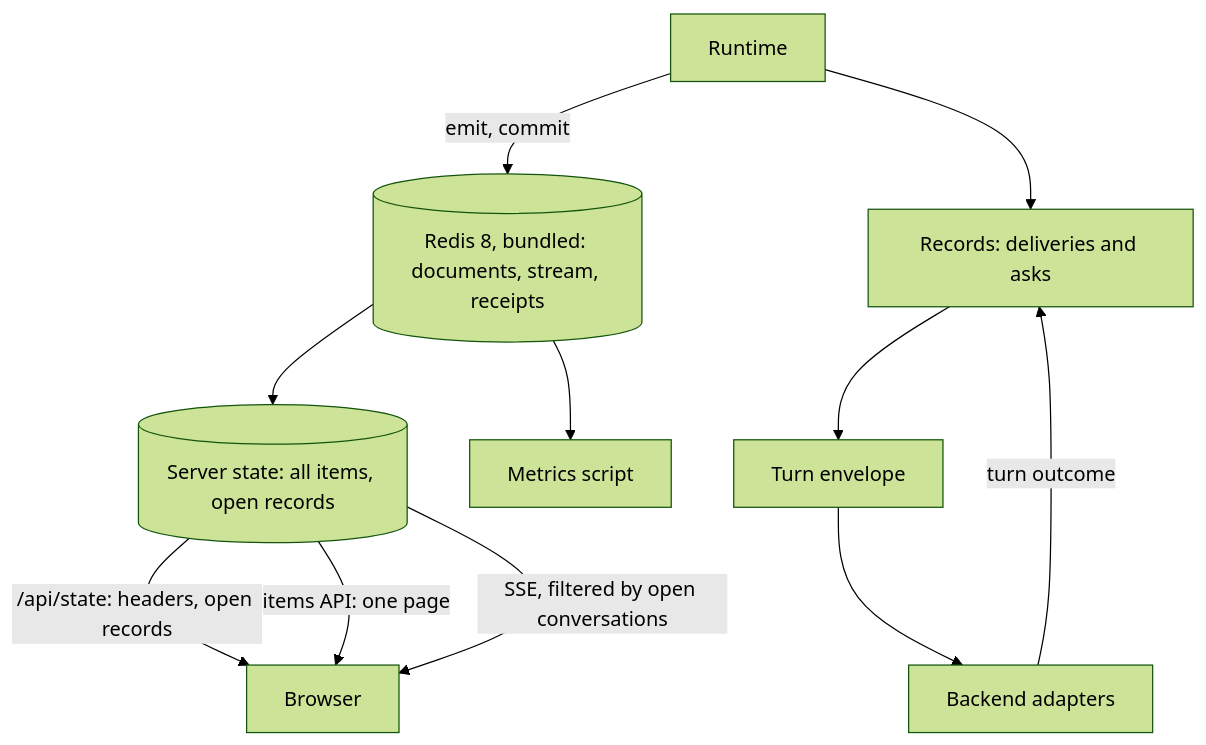
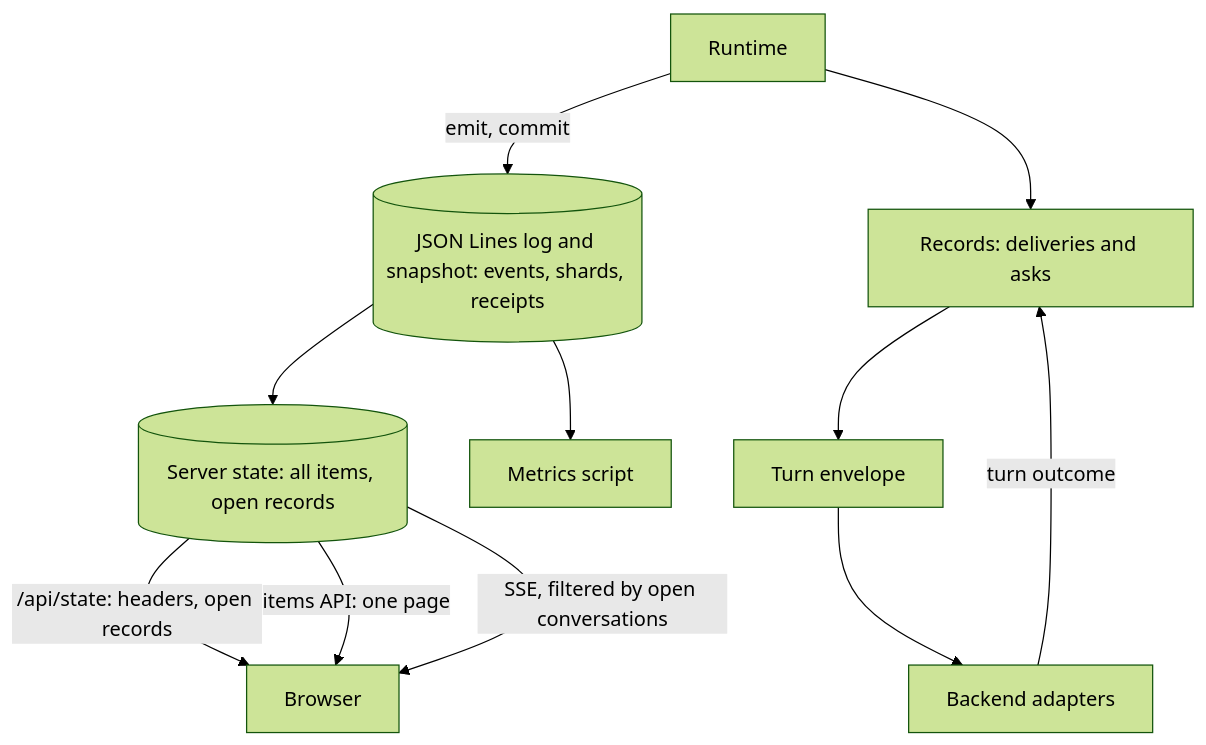
One commit to HJeon139/postbox changed the second of 9 diagrams in designs/508/design.md. Above: the diagram before and after it, drawn with Mermaid (forest theme). The commit also changed other lines of this file and 5 other files, not shown here.

Commit message:
docs(508): recall the Redis decision; storage stays on JSON Lines with one-line commits

````diff
--- a/designs/508/design.md
+++ b/designs/508/design.md
@@ -96,13 +96,13 @@
 ```mermaid
 flowchart TD
-  RT["Runtime"] -->|"emit, commit"| DB[("Redis 8, bundled: documents, stream, receipts")]
+  RT["Runtime"] -->|"emit, commit"| DB[("JSON Lines log and snapshot: events, shards, receipts")]
   DB --> ST[("Server state: all items, open records")]
   RT --> REC["Records: deliveries and asks"]
   REC --> ENV["Turn envelope"]
   ENV --> AD["Backend adapters"]
   AD -->|"turn outcome"| REC
   ST -->|"/api/state: headers, open records"| BR["Browser"]
   ST -->|"items API: one page"| BR
   ST -->|"SSE, filtered by open conversations"| BR
   DB --> MET["Metrics script"]
 ```
````
